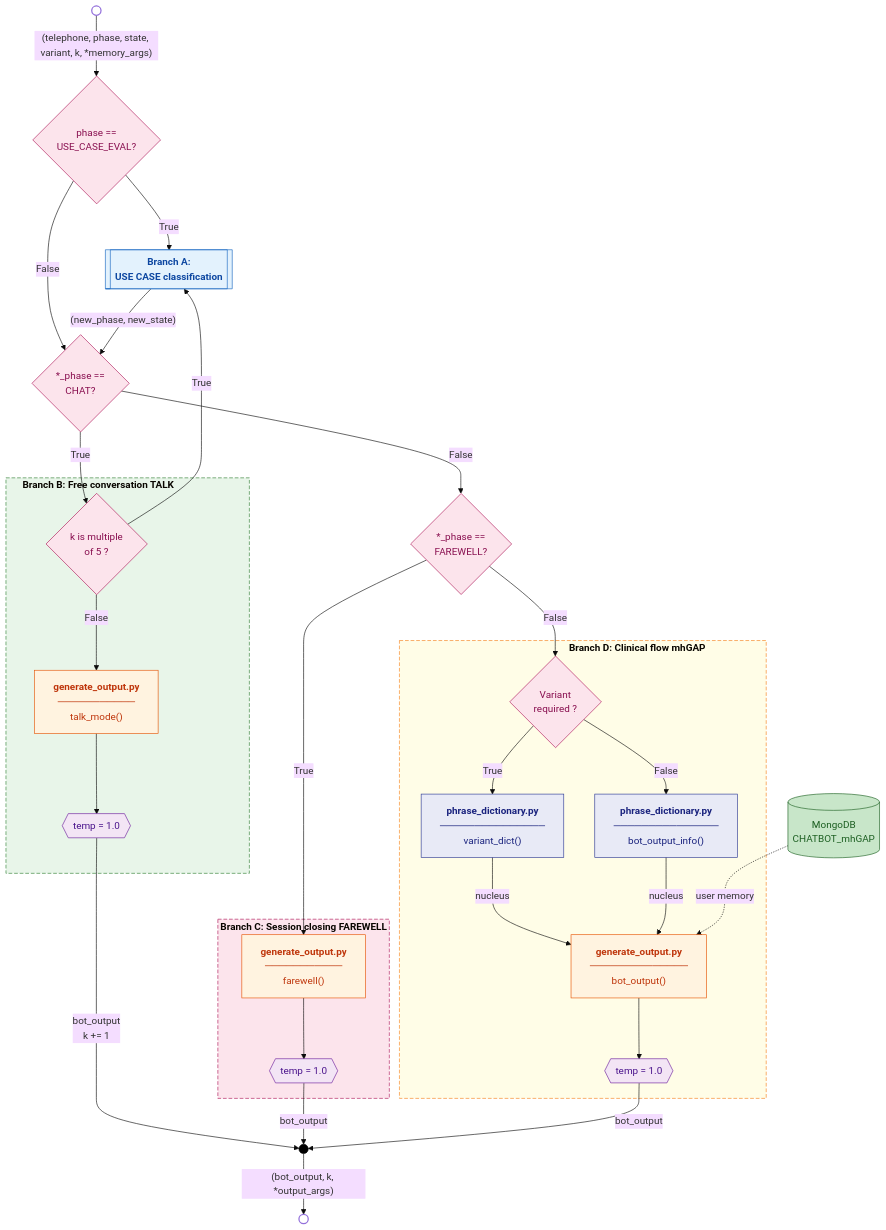
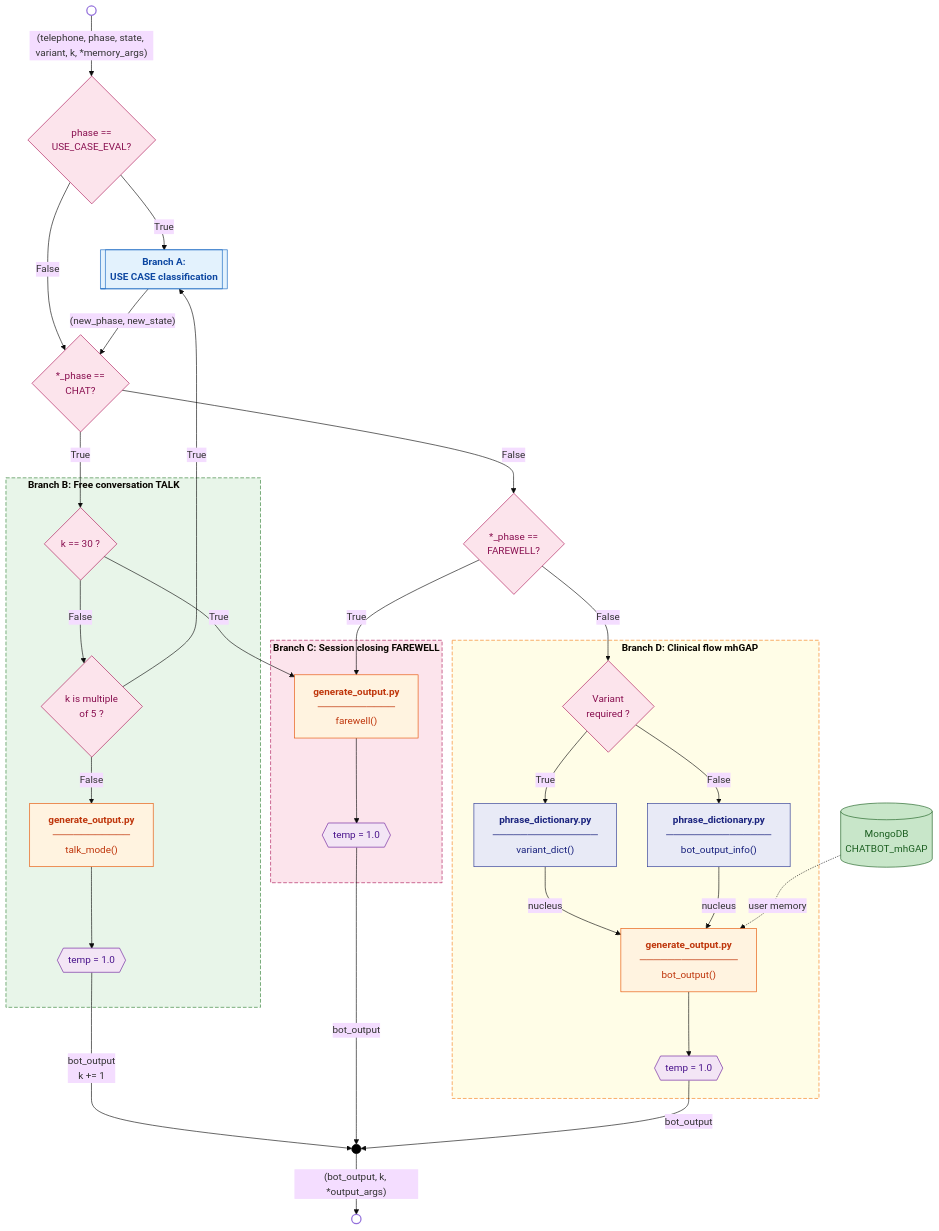
The diagram in diagrams/4_Response_generation.md (JordiiQueralto/AURORA_mhGAP-IG_v2.0), drawn with Mermaid (base theme) before and after one commit. The commit also changed 19 other files, not shown here.

````diff
--- a/diagrams/4_Response_generation.md
+++ b/diagrams/4_Response_generation.md
@@ -1,72 +1,76 @@
 ```mermaid
 flowchart TD
 
     START(( )):::circle
     JUNCTION(( )):::junction
     FINISH(( )):::circle
 
     MONGO[("MongoDB<br/>CHATBOT_mhGAP")]:::db
 
     D_UC{phase ==<br/>USE_CASE_EVAL?}:::decision
     D_CH{*_phase ==<br/>CHAT?}:::decision
     D_FW{*_phase ==<br/>FAREWELL?}:::decision
 
     BRANCH_UC[["<b>Branch A:\nUSE CASE classification</b>"]]:::external
 
     subgraph BRANCH_CH["<b>Branch B: Free conversation TALK</b>&nbsp;&nbsp;&nbsp;&nbsp;&nbsp;&nbsp;&nbsp;&nbsp;&nbsp;&nbsp;&nbsp;&nbsp;&nbsp;&nbsp;&nbsp;&nbsp;&nbsp;&nbsp;&nbsp;&nbsp;&nbsp;&nbsp;&nbsp;&nbsp;"]
+        D_K30{"k == 30 ?"}:::decision
         TALK["<b>generate_output.py</b><br/>───────────<br/>talk_mode()"]:::module
         LLM_TK{{"temp = 1.0"}}:::llm
         KCHAT{"k is multiple \nof 5 ?"}:::decision
     end
 
     subgraph BRANCH_FW["<b>Branch C: Session closing FAREWELL</b>"]
         FW["<b>generate_output.py</b><br/>───────────<br/>farewell()"]:::module
         LLM_FW{{"temp = 1.0"}}:::llm
     end
 
     subgraph BRANCH_NM["<b>&nbsp;&nbsp;&nbsp;&nbsp;&nbsp;&nbsp;&nbsp;&nbsp;&nbsp;&nbsp;&nbsp;&nbsp;&nbsp;&nbsp;&nbsp;&nbsp;&nbsp;&nbsp;&nbsp;&nbsp;&nbsp;&nbsp;&nbsp;&nbsp;&nbsp;&nbsp;&nbsp;&nbsp;&nbsp;&nbsp;&nbsp;&nbsp;&nbsp;&nbsp;&nbsp;&nbsp;&nbsp;&nbsp;&nbsp;&nbsp;&nbsp;&nbsp;&nbsp;&nbsp;Branch D: Clinical flow mhGAP</b>"]
         D_VAR{Variant\nrequired ?}:::decision
         PVAR["<b>phrase_dictionary.py</b><br/>───────────────<br/>variant_dict()"]:::phrase
         PBASE["<b>phrase_dictionary.py</b><br/>───────────────<br/>bot_output_info()"]:::phrase
         BOUT["<b>generate_output.py</b><br/>──────────────<br/>bot_output()"]:::module
         LLM_BO{{"temp = 1.0"}}:::llm
     end
 
     START -->|"(telephone, phase, state, variant, k, *memory_args)"| D_UC
     
     D_UC -->|True| BRANCH_UC
     D_UC -->|False| D_CH
 
+    D_CH -->|True| D_K30
+    D_K30 -->|True| FW
+    D_K30 -->|False| KCHAT
+
     KCHAT -->|True| BRANCH_UC
     D_CH -->|False| D_FW
-    D_CH -->|True| KCHAT
 
     KCHAT -->|False| TALK
     TALK --> LLM_TK -->|"bot_output\nk += 1"| JUNCTION
 
     BRANCH_UC -->|"(new_phase, new_state)"| D_CH
 
     D_FW -->|True| FW --> LLM_FW -->|"bot_output"| JUNCTION
     D_FW -->|False| D_VAR
 
     D_VAR -->|True| PVAR -->|"nucleus"| BOUT
     D_VAR -->|False| PBASE -->|"nucleus"| BOUT
     MONGO -.->|"user memory"| BOUT
     BOUT --> LLM_BO -->|"bot_output"| JUNCTION
 
     JUNCTION -->|"(bot_output, k, *output_args)"| FINISH
 
     classDef circle    fill:#ffffff,stroke:#9370db,stroke-width:2px,color:#ffffff
     classDef junction  fill:#000000,stroke:#000000,color:#000000
     classDef module    fill:#fff3e0,stroke:#e65100,color:#bf360c
     classDef decision  fill:#fce4ec,stroke:#ad1457,color:#880e4f
     classDef dbmod     fill:#e8f5e9,stroke:#2e7d32,color:#1b5e20
     classDef db        fill:#c8e6c9,stroke:#1b5e20,color:#1b5e20
     classDef phrase    fill:#e8eaf6,stroke:#283593,color:#1a237e
     classDef llm       fill:#f3e5f5,stroke:#6a1b9a,color:#4a148c
     classDef external  fill:#e3f2fd,stroke:#1565c0,color:#0d47a1
 
     style BRANCH_CH fill:#e8f5e9,stroke:#2e7d32,stroke-dasharray: 6 3
     style BRANCH_FW fill:#fce4ec,stroke:#ad1457,stroke-dasharray: 6 3
     style BRANCH_NM fill:#fffde7,stroke:#f57f17,stroke-dasharray: 6 3
 ```
````
